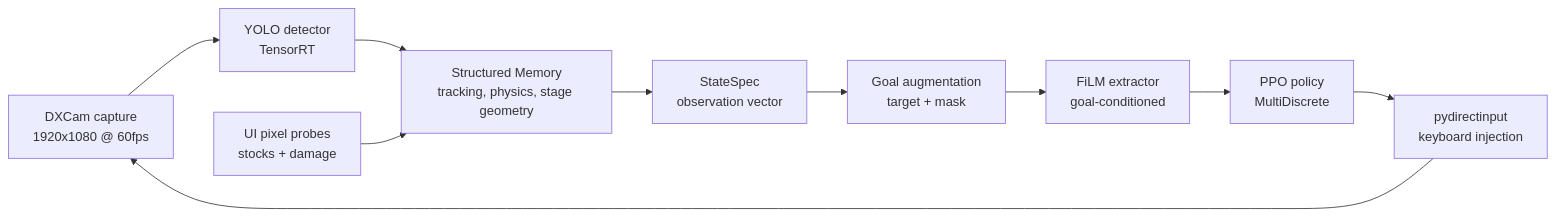
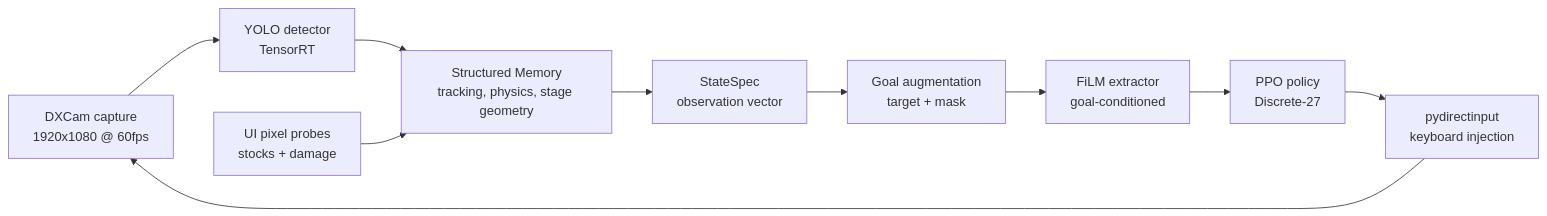
Before and after one commit to MA-Zbida/brawl_scratch: the diagram in README.md, drawn with Mermaid. The commit also changed other lines of this file and 26 other files, not shown here.

````diff
--- a/README.md
+++ b/README.md
@@ -36,12 +39,12 @@
 ```mermaid
 flowchart LR
     A[DXCam capture<br/>1920x1080 @ 60fps] --> B[YOLO detector<br/>TensorRT]
     B --> C[Structured Memory<br/>tracking, physics, stage geometry]
     U[UI pixel probes<br/>stocks + damage] --> C
     C --> D[StateSpec<br/>observation vector]
     D --> E[Goal augmentation<br/>target + mask]
     E --> F[FiLM extractor<br/>goal-conditioned]
-    F --> G[PPO policy<br/>MultiDiscrete]
+    F --> G[PPO policy<br/>Discrete-27]
     G --> H[pydirectinput<br/>keyboard injection]
     H --> A
 ```
````
